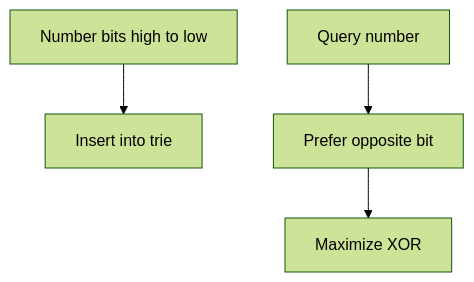
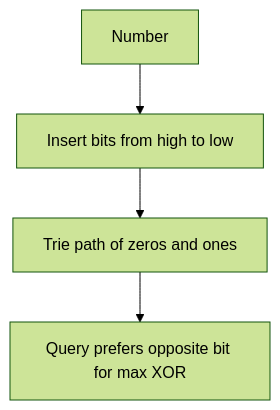
One commit to mthaiseer/springcloud-systemdesign-notes changed the tenth of 22 diagrams in CP_DSA_NOTES/CONCEPT_FRAMEWORK_FORMS_TATICS/bitwise_playbook.md. Above: the diagram before and after it, drawn with Mermaid (forest theme). The commit also changed other lines of this file, not shown here.

````diff
--- a/CP_DSA_NOTES/CONCEPT_FRAMEWORK_FORMS_TATICS/bitwise_playbook.md
+++ b/CP_DSA_NOTES/CONCEPT_FRAMEWORK_FORMS_TATICS/bitwise_playbook.md
@@ -379,6 +379,6 @@
 ```mermaid
 flowchart TD
-    A["Number bits high to low"] --> B["Insert into trie"]
-    C["Query number"] --> D["Prefer opposite bit"]
-    D --> E["Maximize XOR"]
+    A["Number"] --> B["Insert bits from high to low"]
+    B --> C["Trie path of zeros and ones"]
+    C --> D["Query prefers opposite bit for max XOR"]
 ```
````
